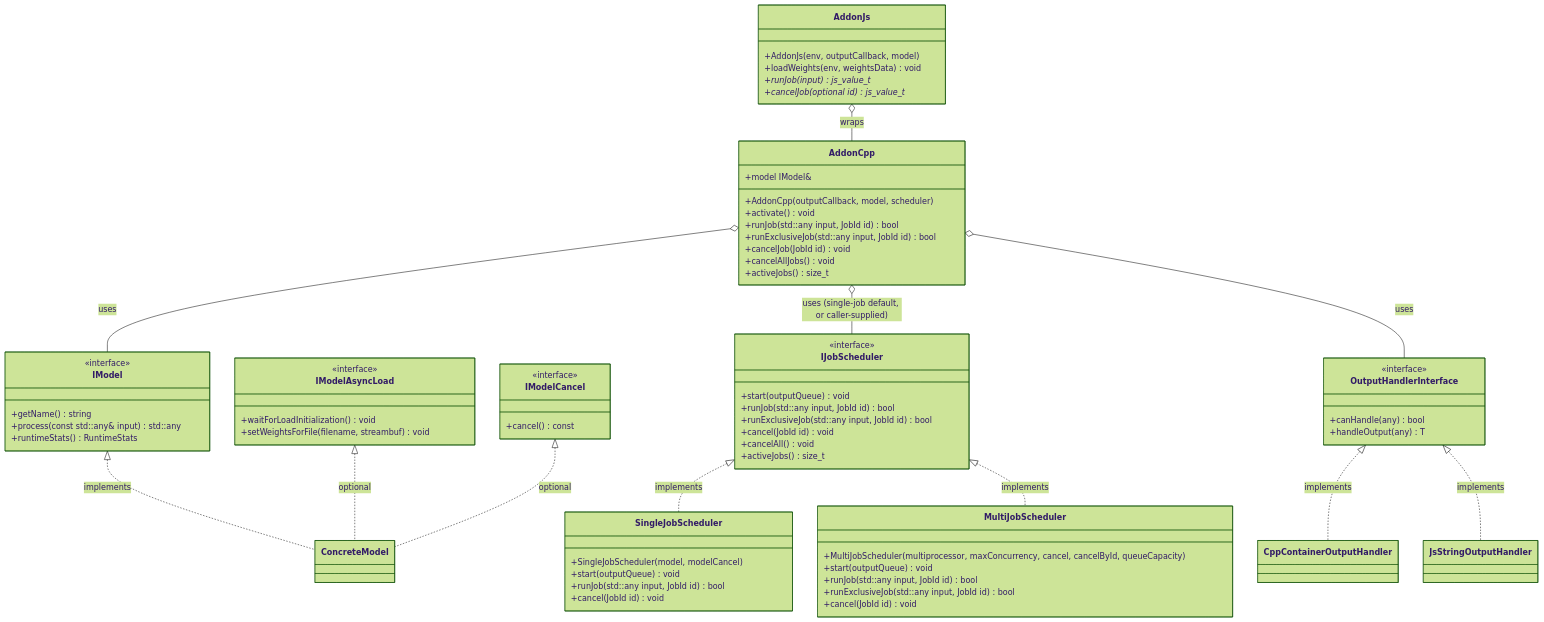
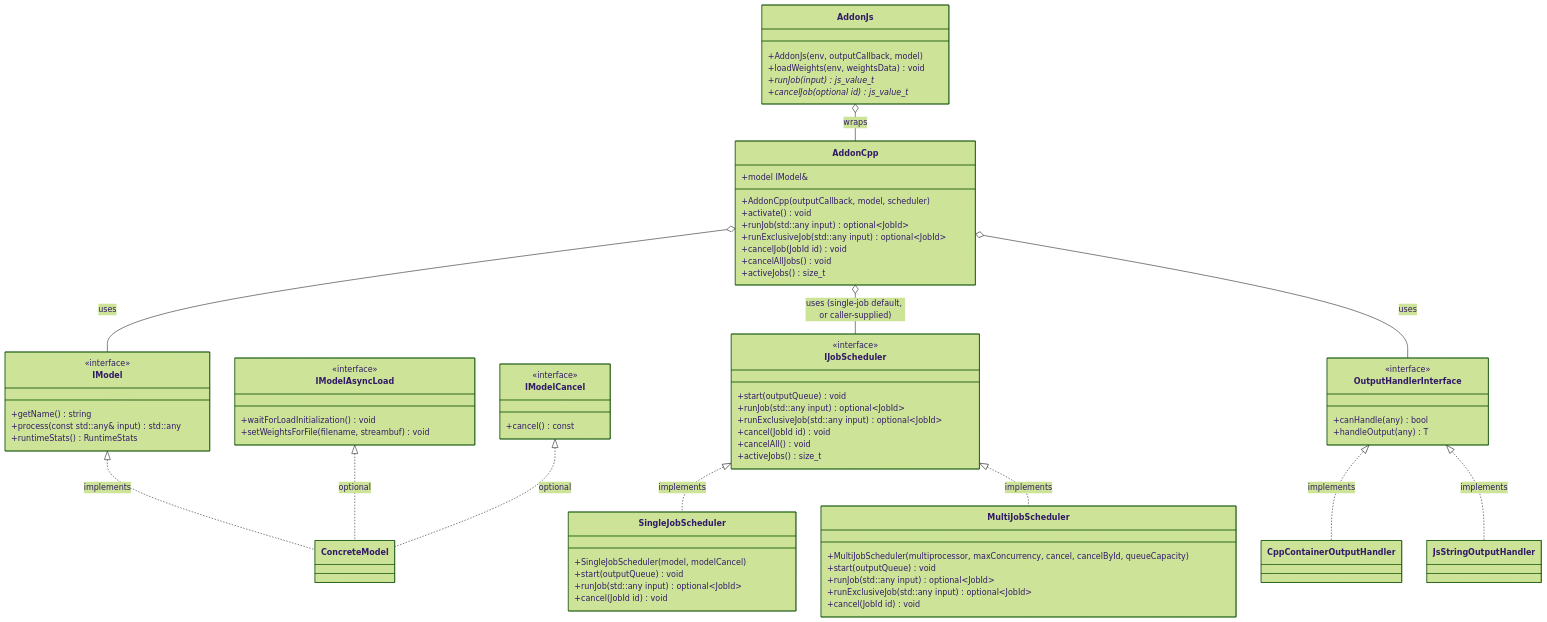
One commit to tetherto/qvac changed the second of 3 diagrams in packages/inference-addon-cpp/docs/architecture.md. Above: the diagram before and after it, drawn with Mermaid (forest theme). The commit also changed other lines of this file and 13 other files, not shown here.

```diff
--- a/packages/inference-addon-cpp/docs/architecture.md
+++ b/packages/inference-addon-cpp/docs/architecture.md
@@ -218,8 +218,8 @@
     class AddonCpp {
         +AddonCpp(outputCallback, model, scheduler)
         +activate() void
-        +runJob(std::any input, JobId id) bool
-        +runExclusiveJob(std::any input, JobId id) bool
+        +runJob(std::any input) optional~JobId~
+        +runExclusiveJob(std::any input) optional~JobId~
         +cancelJob(JobId id) void
         +cancelAllJobs() void
         +activeJobs() size_t
@@ -236,8 +236,8 @@
     class IJobScheduler {
         <<interface>>
         +start(outputQueue) void
-        +runJob(std::any input, JobId id) bool
-        +runExclusiveJob(std::any input, JobId id) bool
+        +runJob(std::any input) optional~JobId~
+        +runExclusiveJob(std::any input) optional~JobId~
         +cancel(JobId id) void
         +cancelAll() void
         +activeJobs() size_t
@@ -246,15 +246,15 @@
     class SingleJobScheduler {
         +SingleJobScheduler(model, modelCancel)
         +start(outputQueue) void
-        +runJob(std::any input, JobId id) bool
+        +runJob(std::any input) optional~JobId~
         +cancel(JobId id) void
     }
     
     class MultiJobScheduler {
         +MultiJobScheduler(multiprocessor, maxConcurrency, cancel, cancelById, queueCapacity)
         +start(outputQueue) void
-        +runJob(std::any input, JobId id) bool
-        +runExclusiveJob(std::any input, JobId id) bool
+        +runJob(std::any input) optional~JobId~
+        +runExclusiveJob(std::any input) optional~JobId~
         +cancel(JobId id) void
     }
     
```
